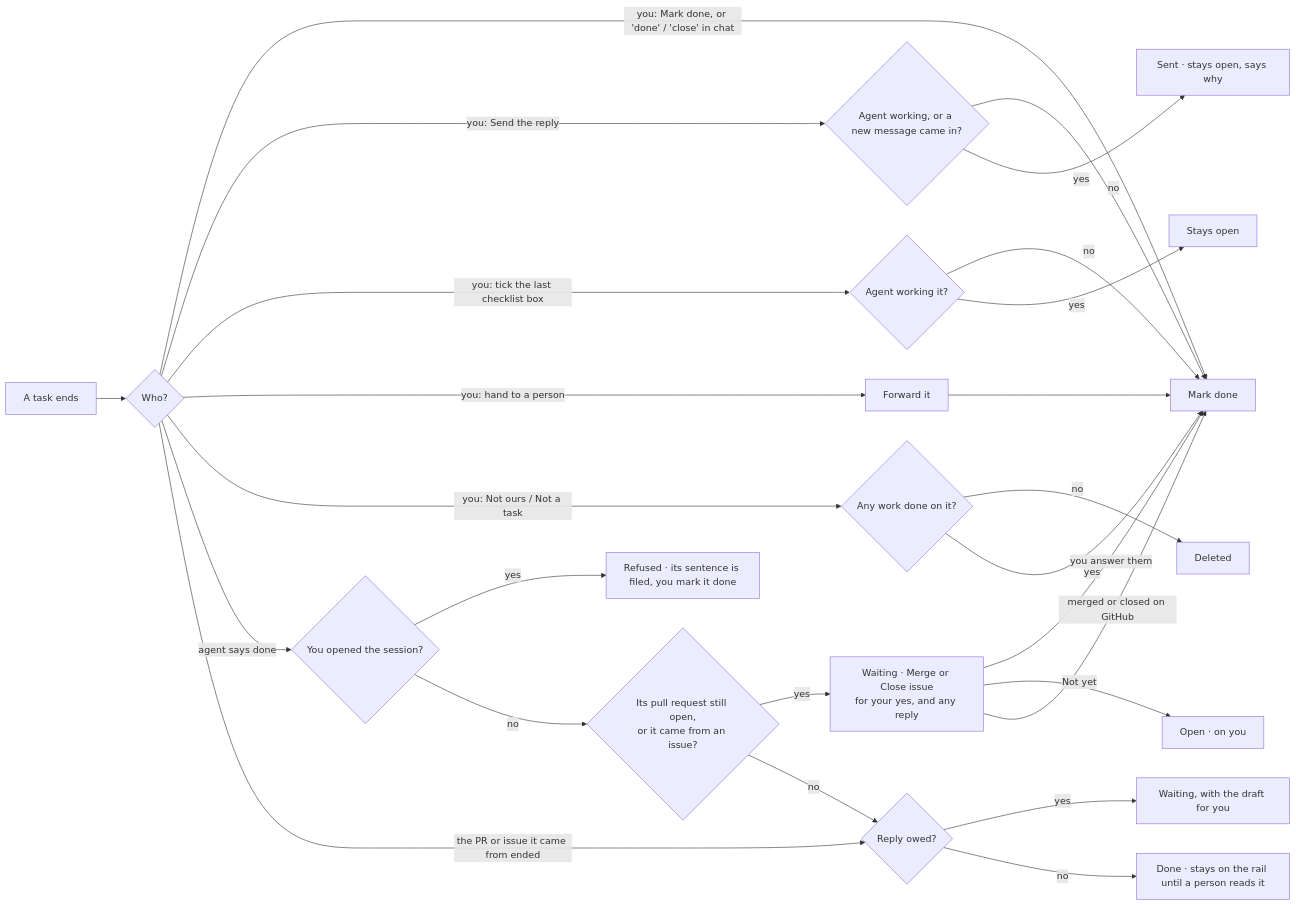
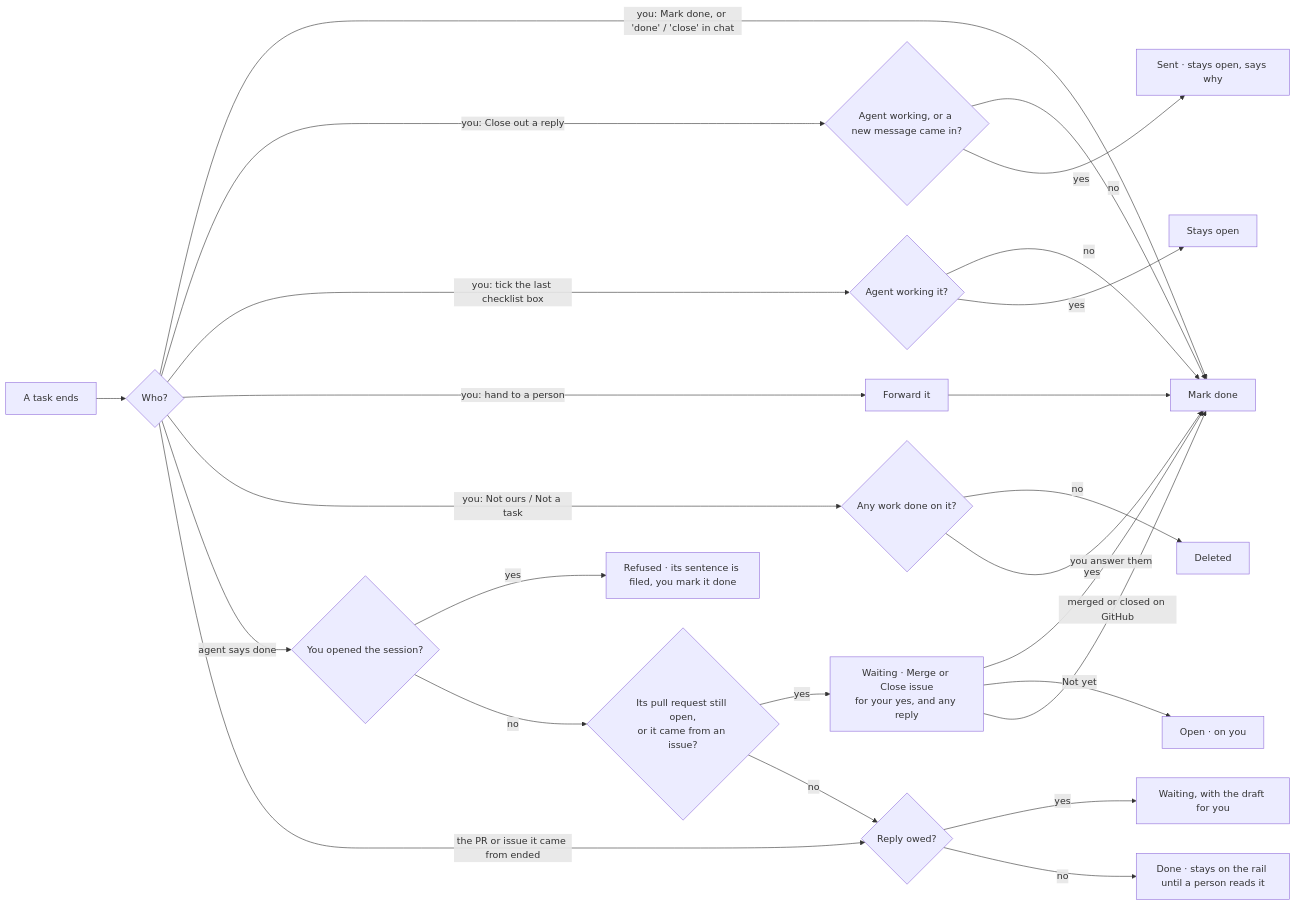
Before and after one commit to ldbumble/taskuary: the diagram in docs/how-a-task-ends.md, drawn with Mermaid. The commit also changed other lines of this file and 27 other files, not shown here.

First line of the commit message:
feat: one close-out vocabulary - Close out / Decline / Not yet, whatever the system

````diff
--- a/docs/how-a-task-ends.md
+++ b/docs/how-a-task-ends.md
@@ -24,26 +24,26 @@
 ```mermaid
 flowchart LR
   T["A task ends"] --> W{"Who?"}
   W -->|"you: Mark done, or 'done' / 'close' in chat"| F["Mark done"]
-  W -->|"you: Send the reply"| S{"Agent working, or a new message came in?"}
+  W -->|"you: Close out a reply"| S{"Agent working, or a new message came in?"}
   S -->|no| F
   S -->|yes| S1["Sent · stays open, says why"]
   W -->|"you: tick the last checklist box"| K{"Agent working it?"}
   K -->|no| F
   K -->|yes| K1["Stays open"]
   W -->|"you: hand to a person"| P["Forward it"] --> F
   W -->|"you: Not ours / Not a task"| X{"Any work done on it?"}
   X -->|no| X1["Deleted"]
   X -->|yes| F
   W -->|"agent says done"| O{"You opened the session?"}
   O -->|yes| O1["Refused · its sentence is filed, you mark it done"]
   O -->|no| C{"Its pull request still open,<br/>or it came from an issue?"}
   C -->|yes| C1["Waiting · Merge or Close issue<br/>for your yes, and any reply"]
   C1 -->|"you answer them"| F
   C1 -->|"Not yet"| C2["Open · on you"]
   C1 -->|"merged or closed on GitHub"| F
   C -->|no| R
   W -->|"the PR or issue it came from ended"| R{"Reply owed?"}
   R -->|yes| R1["Waiting, with the draft for you"]
   R -->|no| R2["Done · stays on the rail until a person reads it"]
 ```
````
